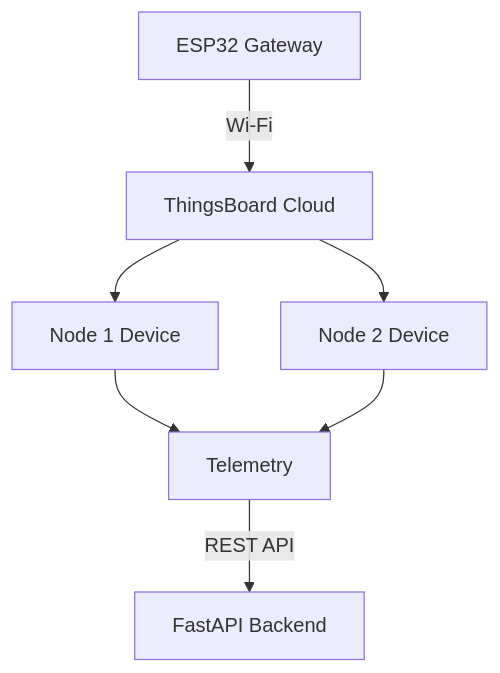
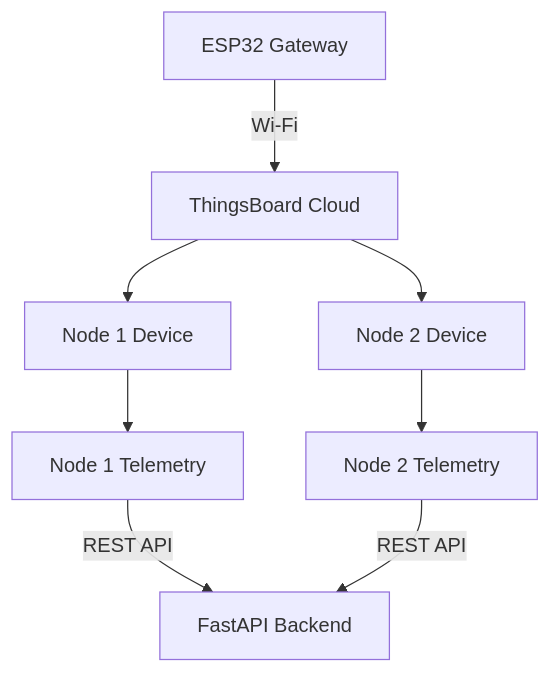
The seventh of 13 diagrams in README.md (Umar-Jahangir/Smart-Soil-Fertility-Monitoring-and-Recommendation-System-Using-IoT-and-AI), drawn with Mermaid before and after one commit.

Commit message:
Backend Architecture modified in md

````diff
--- a/README.md
+++ b/README.md
@@ -305,16 +305,18 @@
 ```mermaid
-flowchart TB
+flowchart TD
     GW["ESP32 Gateway"]
     TB["ThingsBoard Cloud"]
     D1["Node 1 Device"]
     D2["Node 2 Device"]
-    TEL["Telemetry"]
+    T1["Node 1 Telemetry"]
+    T2["Node 2 Telemetry"]
     API["FastAPI Backend"]
 
-    GW -->|"Wi-Fi"| TB
+    GW -->|Wi-Fi| TB
     TB --> D1
     TB --> D2
-    D1 --> TEL
-    D2 --> TEL
-    TEL -->|"REST API"| API
+    D1 --> T1
+    D2 --> T2
+    T1 -->|REST API| API
+    T2 -->|REST API| API
 ```
````
